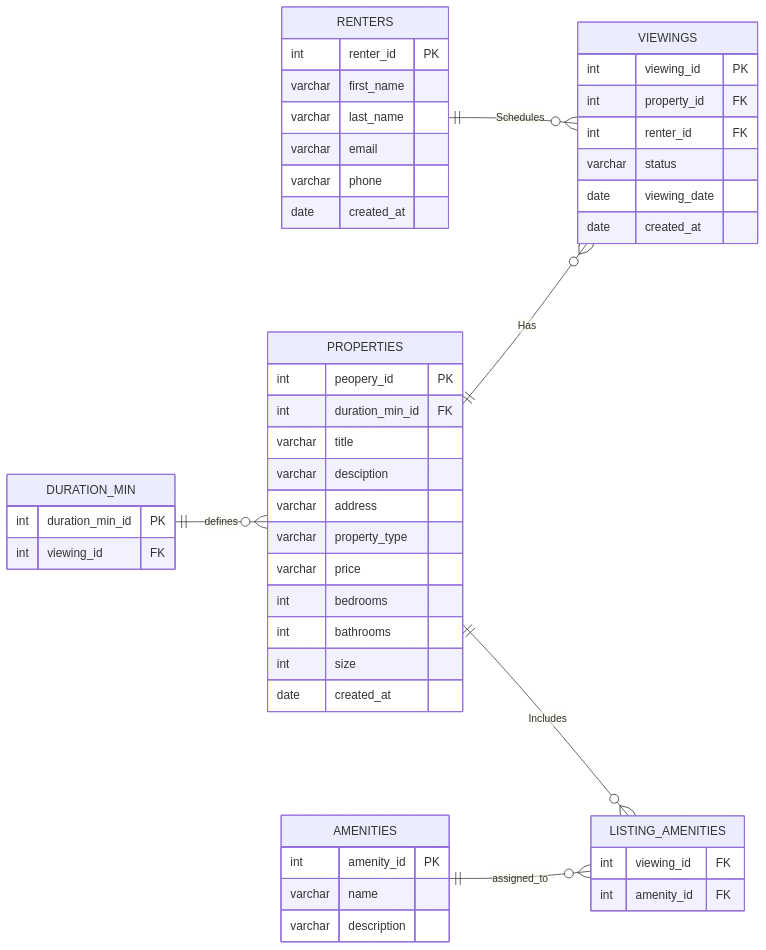
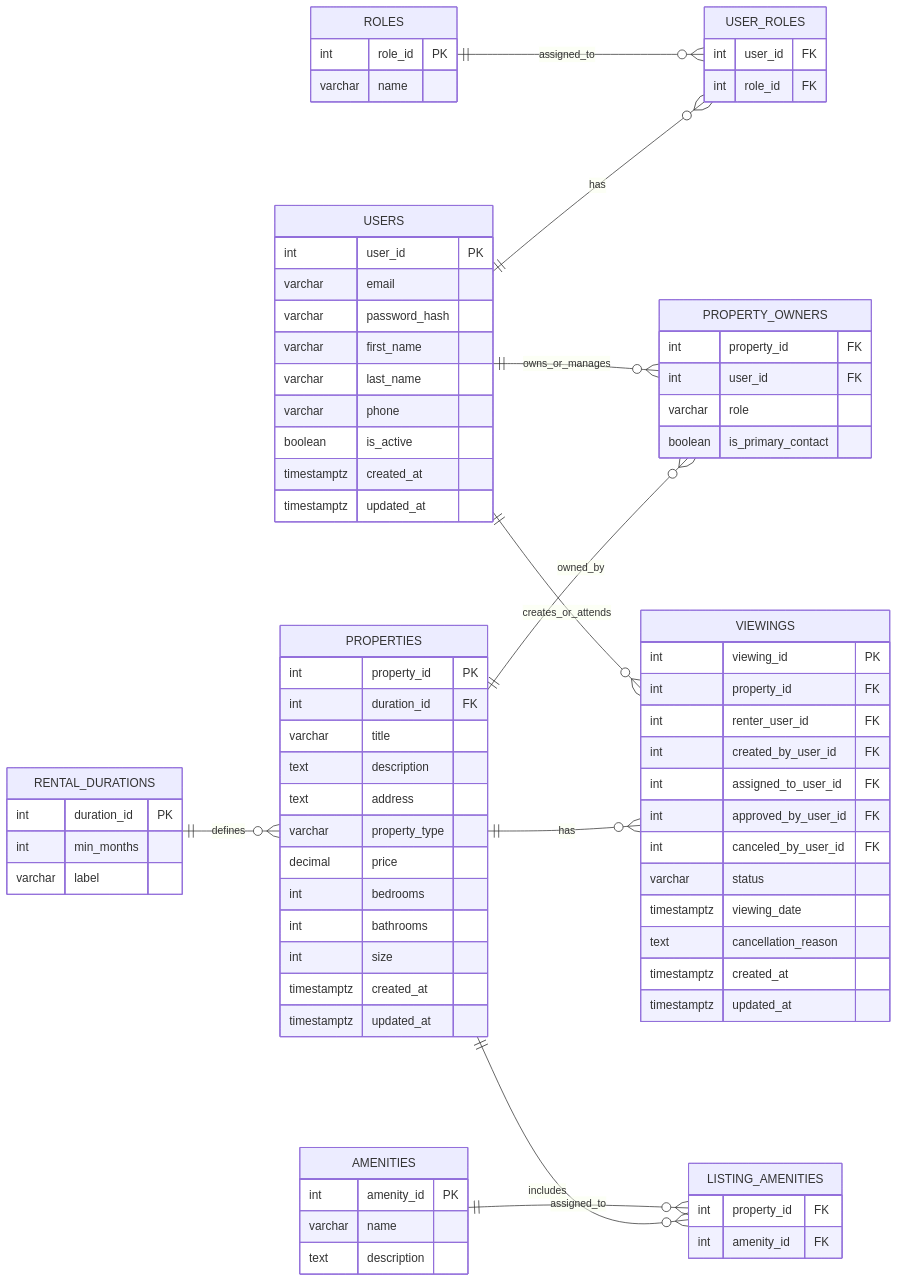
The diagram in README.md (akramhelil/x603-rental-marketplace-database), drawn with Mermaid before and after one commit. The commit also changed other lines of this file and 7 other files, not shown here.

Commit message:
Project Assignment 2: From Diagram to Database Done

````diff
--- a/README.md
+++ b/README.md
@@ -197,58 +361,91 @@
 ```mermaid
 erDiagram
-direction LR
- 
-RENTERS {
-int renter_id PK
-varchar first_name
-varchar last_name
-varchar email
-varchar phone
-date created_at
-}
- 
-PROPERTIES {
-int peopery_id PK
-int duration_min_id FK
-varchar title
-varchar desciption
-varchar address
-varchar property_type
-varchar price
-int bedrooms
-int bathrooms
-int size
-date created_at
-}
- 
-VIEWINGS {
-int viewing_id PK
-int property_id FK
-int renter_id FK
-varchar status
-date viewing_date
-date created_at
-}
- 
-AMENITIES {
-int amenity_id PK
-varchar name
-varchar description
-}
- 
-LISTING_AMENITIES {
-int viewing_id FK
-int amenity_id FK
-}
- 
-DURATION_MIN {
-int duration_min_id PK
-int viewing_id FK
-}
- 
-	RENTERS||--o{VIEWINGS:"Schedules"
-	PROPERTIES||--o{VIEWINGS:"Has"
-	PROPERTIES||--o{LISTING_AMENITIES:"Includes"
-	AMENITIES||--o{LISTING_AMENITIES:"assigned_to"
-	DURATION_MIN||--o{PROPERTIES:"defines"
+  direction LR
+
+  USERS {
+    int user_id PK
+    varchar email
+    varchar password_hash
+    varchar first_name
+    varchar last_name
+    varchar phone
+    boolean is_active
+    timestamptz created_at
+    timestamptz updated_at
+  }
+
+  ROLES {
+    int role_id PK
+    varchar name
+  }
+
+  USER_ROLES {
+    int user_id FK
+    int role_id FK
+  }
+
+  RENTAL_DURATIONS {
+    int duration_id PK
+    int min_months
+    varchar label
+  }
+
+  PROPERTIES {
+    int property_id PK
+    int duration_id FK
+    varchar title
+    text description
+    text address
+    varchar property_type
+    decimal price
+    int bedrooms
+    int bathrooms
+    int size
+    timestamptz created_at
+    timestamptz updated_at
+  }
+
+  PROPERTY_OWNERS {
+    int property_id FK
+    int user_id FK
+    varchar role
+    boolean is_primary_contact
+  }
+
+  AMENITIES {
+    int amenity_id PK
+    varchar name
+    text description
+  }
+
+  LISTING_AMENITIES {
+    int property_id FK
+    int amenity_id FK
+  }
+
+  VIEWINGS {
+    int viewing_id PK
+    int property_id FK
+    int renter_user_id FK
+    int created_by_user_id FK
+    int assigned_to_user_id FK
+    int approved_by_user_id FK
+    int canceled_by_user_id FK
+    varchar status
+    timestamptz viewing_date
+    text cancellation_reason
+    timestamptz created_at
+    timestamptz updated_at
+  }
+
+  USERS ||--o{ USER_ROLES : has
+  ROLES ||--o{ USER_ROLES : assigned_to
+  RENTAL_DURATIONS ||--o{ PROPERTIES : defines
+  PROPERTIES ||--o{ PROPERTY_OWNERS : owned_by
+  USERS ||--o{ PROPERTY_OWNERS : owns_or_manages
+  PROPERTIES ||--o{ LISTING_AMENITIES : includes
+  AMENITIES ||--o{ LISTING_AMENITIES : assigned_to
+  PROPERTIES ||--o{ VIEWINGS : has
+  USERS ||--o{ VIEWINGS : creates_or_attends
+
 ```
````
